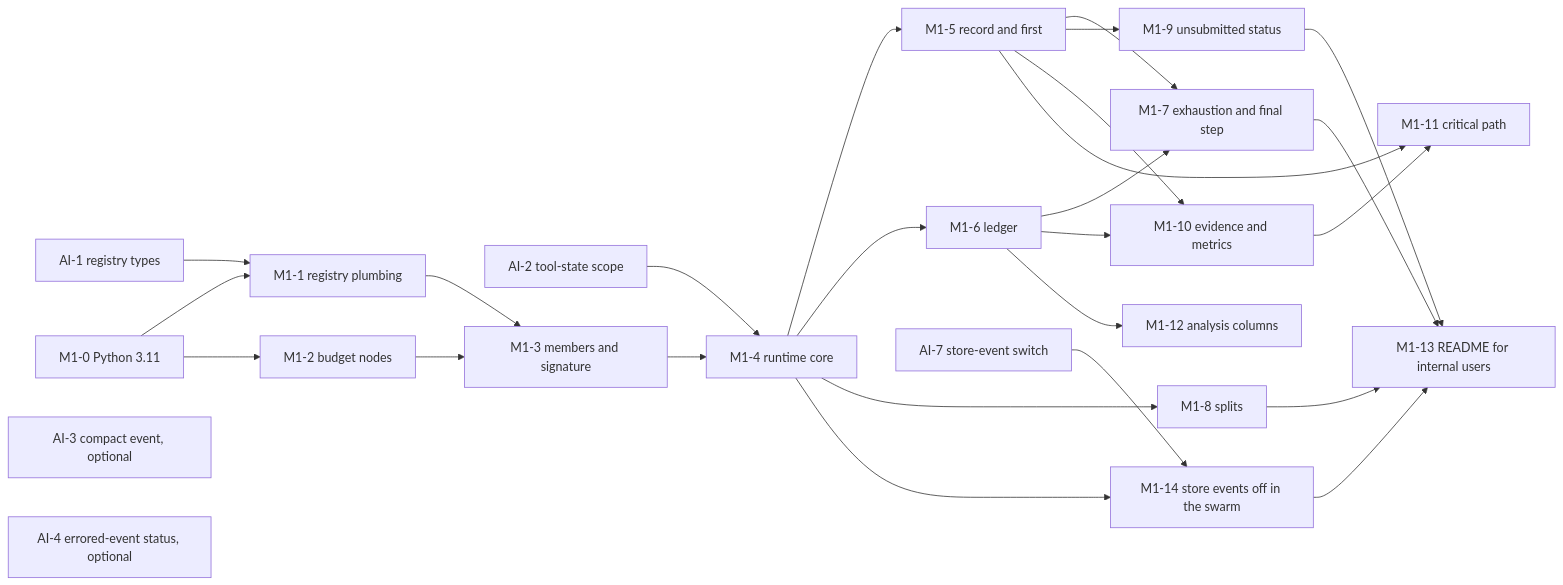
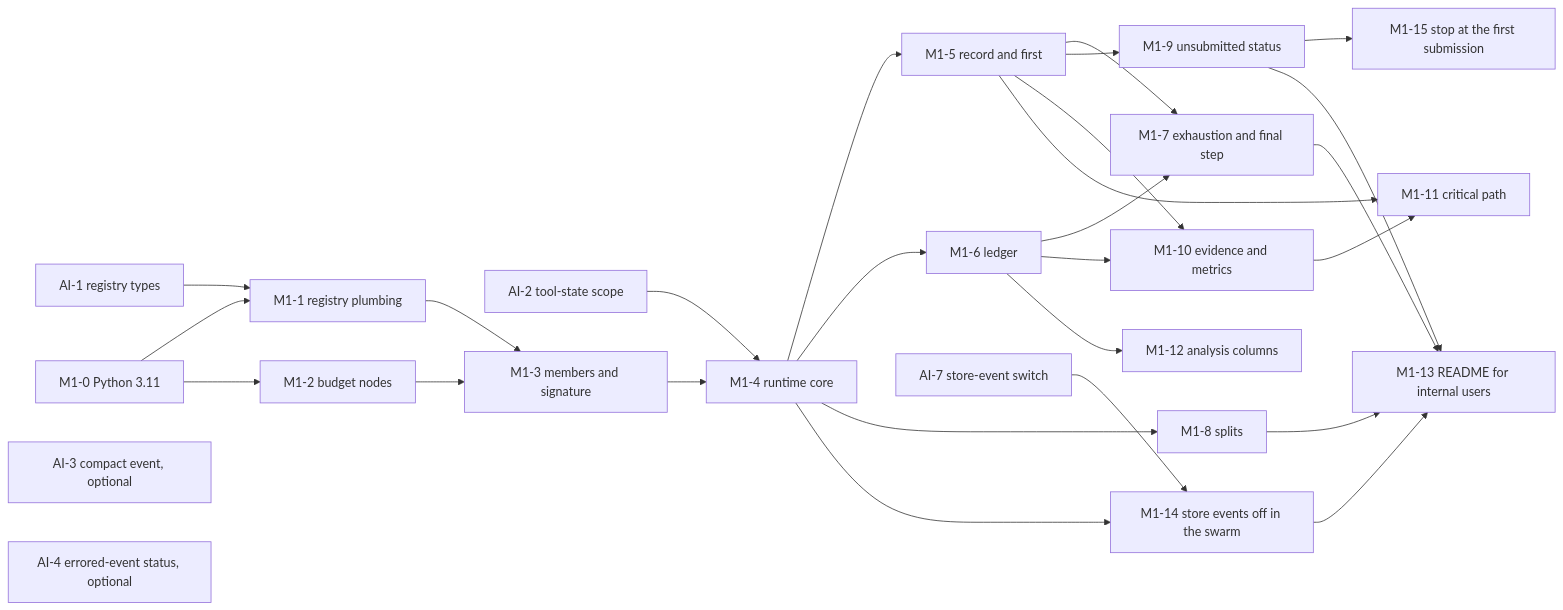
Before and after one commit to meridianlabs-ai/inspect_swarm: the first of 2 diagrams in design/swarm-implementation-plan.md, drawn with Mermaid. The commit also changed other lines of this file and 1 other file, not shown here.

First line of the commit message:
docs: Design: plan ids for stop_on_submission and the wait metrics (#199)

````diff
--- a/design/swarm-implementation-plan.md
+++ b/design/swarm-implementation-plan.md
@@ -114,29 +114,30 @@
 ```mermaid
 flowchart LR
   AI1[AI-1 registry types] --> M1_1
   AI2[AI-2 tool-state scope] --> M1_4
   M1_0[M1-0 Python 3.11] --> M1_1[M1-1 registry plumbing]
   M1_0 --> M1_2[M1-2 budget nodes]
   M1_1 --> M1_3[M1-3 members and signature]
   M1_2 --> M1_3
   M1_3 --> M1_4[M1-4 runtime core]
   M1_4 --> M1_5[M1-5 record and first]
   M1_4 --> M1_6[M1-6 ledger]
   M1_4 --> M1_8[M1-8 splits]
   M1_5 --> M1_7[M1-7 exhaustion and final step]
   M1_6 --> M1_7
   M1_5 --> M1_9[M1-9 unsubmitted status]
+  M1_9 --> M1_15[M1-15 stop at the first submission]
   M1_5 --> M1_10[M1-10 evidence and metrics]
   M1_6 --> M1_10
   M1_6 --> M1_12[M1-12 analysis columns]
   M1_5 --> M1_11[M1-11 critical path]
   M1_10 --> M1_11
   M1_7 --> M1_13[M1-13 README for internal users]
   M1_8 --> M1_13
   M1_9 --> M1_13
   AI3[AI-3 compact event, optional]
   AI4[AI-4 errored-event status, optional]
   AI7[AI-7 store-event switch] --> M1_14[M1-14 store events off in the swarm]
   M1_4 --> M1_14
   M1_14 --> M1_13
 ```
````
